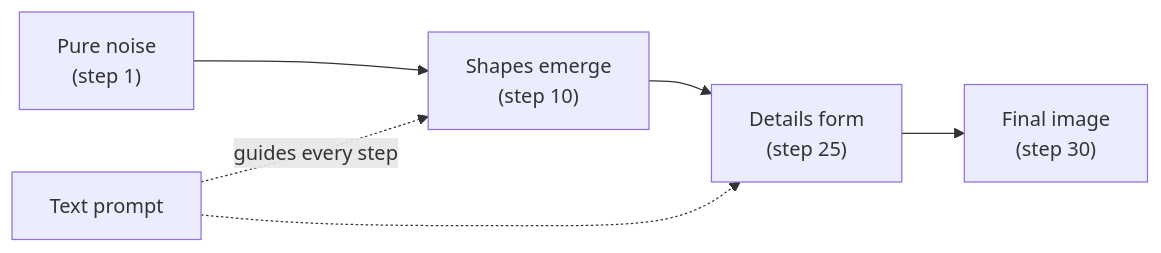
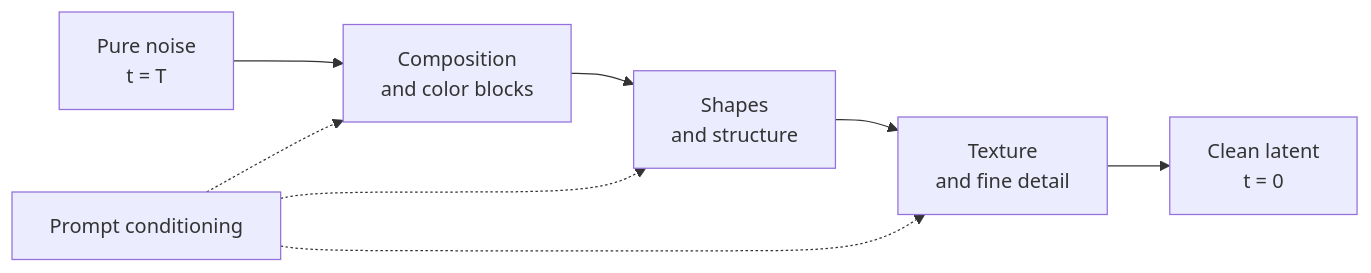
One commit to AndrewAltimit/Documentation changed the third of 7 diagrams in github-pages/docs/ai-ml/stable-diffusion-fundamentals.md. Above: the diagram before and after it, drawn with Mermaid. The commit also changed other lines of this file and 240 other files, not shown here.

````diff
--- a/github-pages/docs/ai-ml/stable-diffusion-fundamentals.md
+++ b/github-pages/docs/ai-ml/stable-diffusion-fundamentals.md
@@ -93,6 +99,7 @@
 ```mermaid
 flowchart LR
-    N["Pure noise<br/>(step 1)"] --> S["Shapes emerge<br/>(step 10)"] --> D["Details form<br/>(step 25)"] --> F["Final image<br/>(step 30)"]
-    P["Text prompt"] -. guides every step .-> S
+    N["Pure noise<br/>t = T"] --> C["Composition<br/>and color blocks"] --> S["Shapes<br/>and structure"] --> D["Texture<br/>and fine detail"] --> F["Clean latent<br/>t = 0"]
+    P["Prompt conditioning"] -.-> C
+    P -.-> S
     P -.-> D
 ```
````
